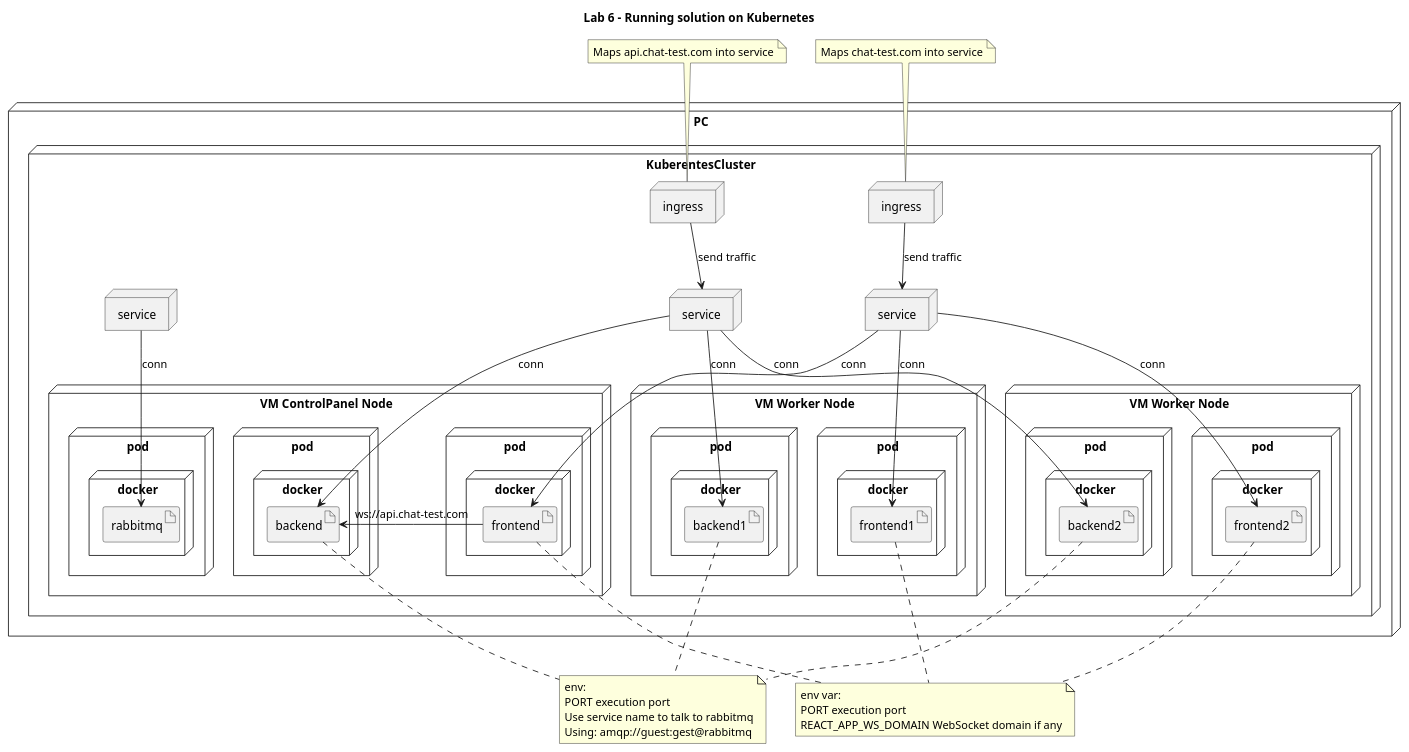
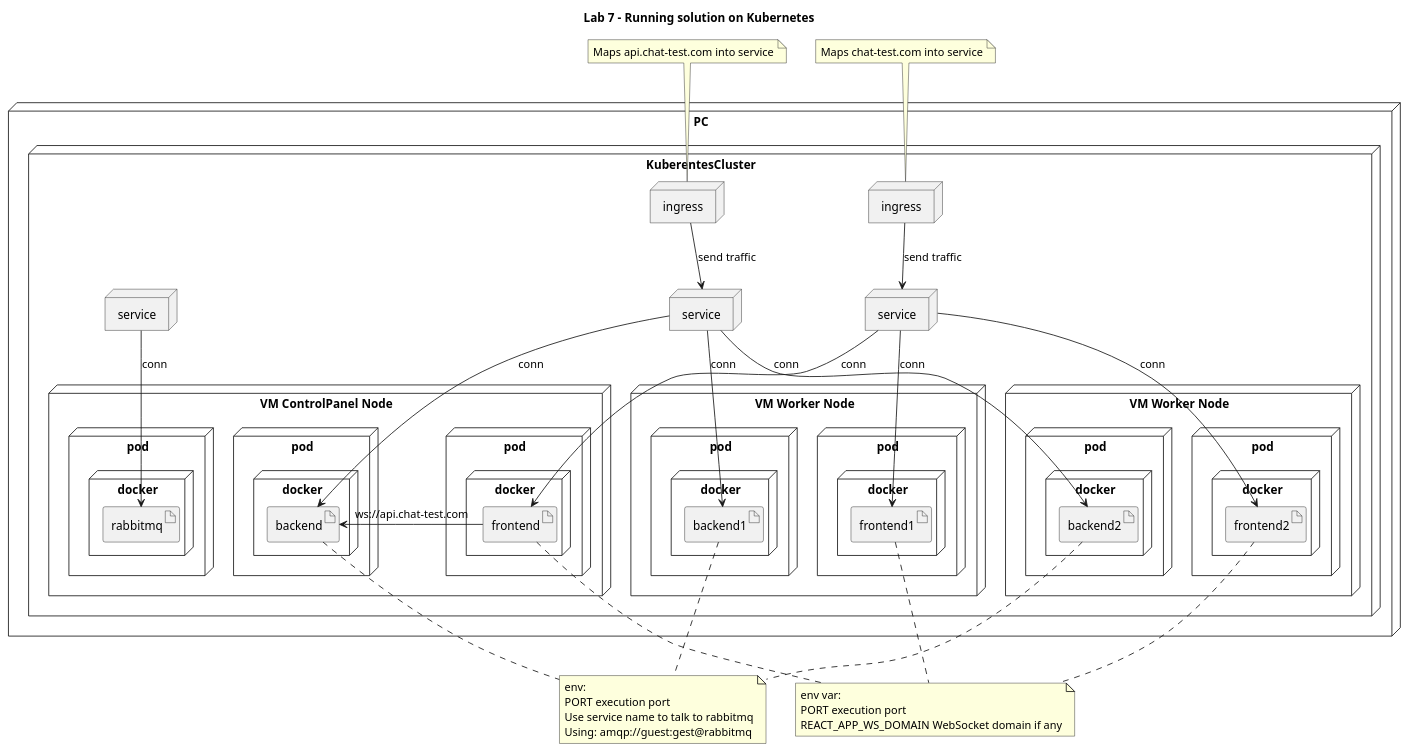
The diagram in lab-7/lab-diagrams/diagram-lab-2.wsd (eftech93/chat-test-lab), drawn with PlantUML before and after one commit. The commit also changed 7 other files, not shown here.

```diff
--- a/lab-7/lab-diagrams/diagram-lab-2.wsd
+++ b/lab-7/lab-diagrams/diagram-lab-2.wsd
@@ -1,103 +1,103 @@
 @startuml
-title "Lab 6 - Running solution on Kubernetes"
+title "Lab 7 - Running solution on Kubernetes"
 node PC {
 
     node KuberentesCluster{
 
         node ingress as IngressFrontend{
         }
 
         node ingress as IngressBackend{
         }
 
         node service as ServiceFrontend{
         }
 
         node service as ServiceBackend{
         }
 
         node service as ServiceBroker{
         }
 
         node "VM ControlPanel Node" as MinikubeNode{
             node pod as BackendPod{
                 node docker as BackendDocker{
                     artifact backend
                 }
             }
             node pod as FrontendPod{
                 node docker as FrontDocker{
                     artifact frontend
                 }
             }
             node pod as RabbitMQPod {
                 node docker as RabbitMQDocker{
                     artifact rabbitmq
                 }
             }
         }
         node "VM Worker Node" as MinikubeNode1{
             node pod as BackendPod1{
                 node docker as BackendDocker1{
                     artifact backend1
                 }
             }
             node pod as FrontendPod1{
                 node docker as FrontDocker1{
                     artifact frontend1
                 }
             }
         }
 
         node "VM Worker Node" as MinikubeNode2{
             node pod as BackendPod2{
                 node docker as BackendDocker2{
                     artifact backend2
                 }
             }
             node pod as FrontendPod2{
                 node docker as FrontDocker2{
                     artifact frontend2
                 }
             }
         }
     }
 }
 
 IngressFrontend --> ServiceFrontend: send traffic
 IngressBackend --> ServiceBackend: send traffic
 
 ServiceBackend --> backend: conn
 ServiceBackend --> backend1: conn
 ServiceBackend --> backend2: conn
 
 ServiceFrontend --> frontend:  conn
 ServiceFrontend --> frontend1:  conn
 ServiceFrontend --> frontend2:  conn
 
 ServiceBroker --> rabbitmq: conn
 
 frontend -> backend: ws://api.chat-test.com
 
 note top of IngressBackend
 Maps api.chat-test.com into service
 endnote
 
 note top of IngressFrontend
 Maps chat-test.com into service
 endnote
 
 
 note "env:\nPORT execution port\nUse service name to talk to rabbitmq\nUsing: amqp://guest:gest@rabbitmq" as backend_note
 
 backend .. backend_note
 backend1 .. backend_note
 backend2 .. backend_note
 
 note "env var:\nPORT execution port\nREACT_APP_WS_DOMAIN WebSocket domain if any" as frontend_note
 
 frontend .. frontend_note
 frontend1 .. frontend_note
 frontend2 .. frontend_note
 
 @enduml
```
